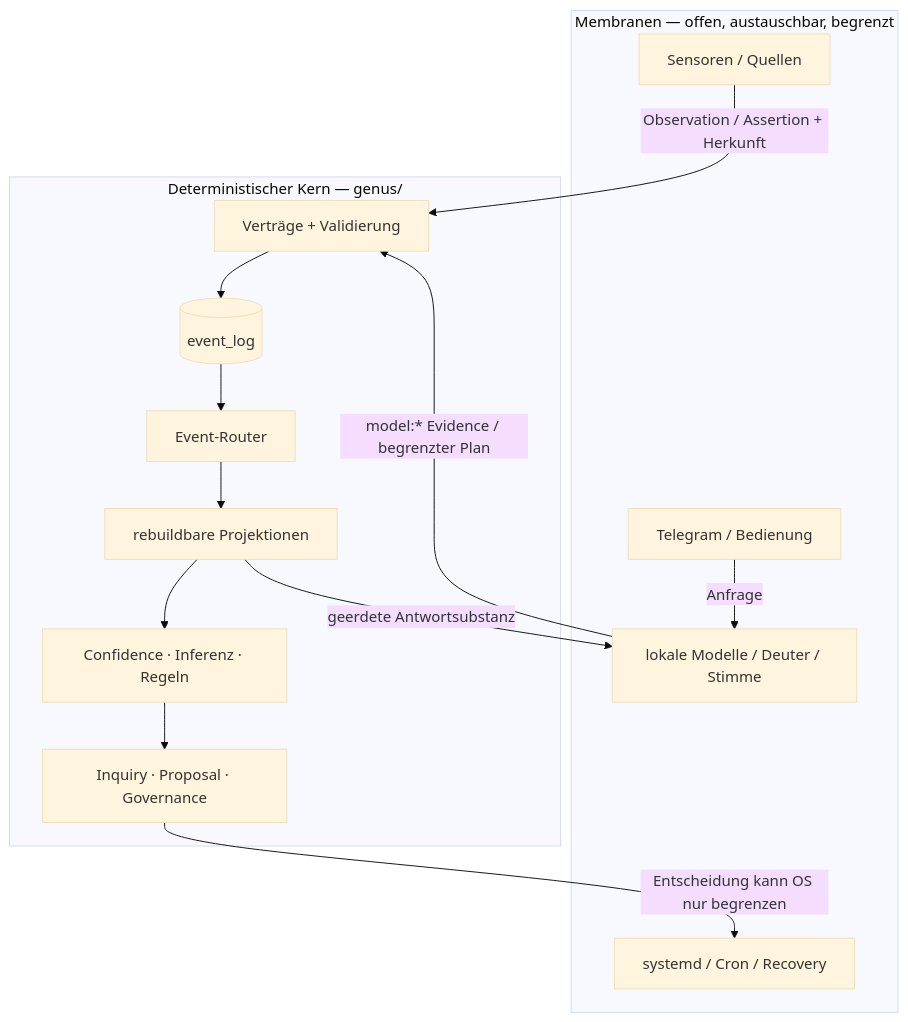
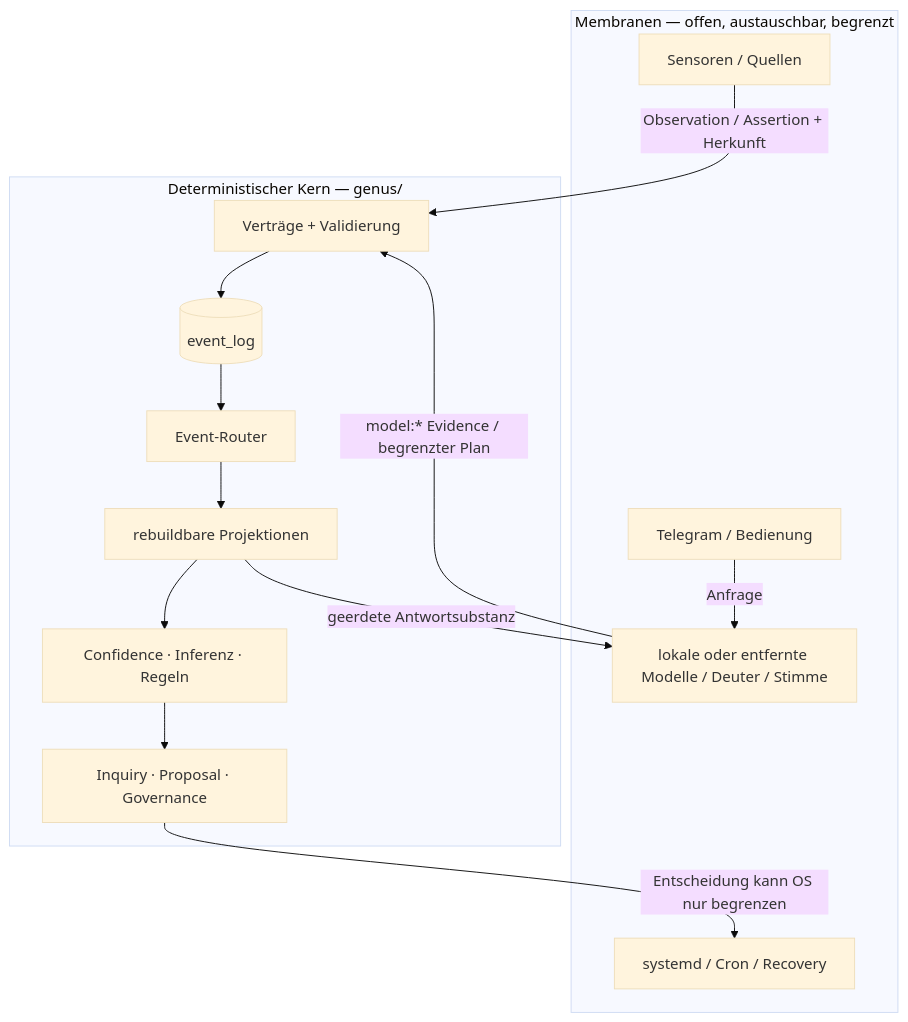
One commit to WoltLab51/GENUS_PI_SEED changed the diagram in docs/ARCHITECTURE.md. Above: the diagram before and after it, drawn with Mermaid (base theme). The commit also changed other lines of this file and 10 other files, not shown here.

````diff
--- a/docs/ARCHITECTURE.md
+++ b/docs/ARCHITECTURE.md
@@ -16,26 +16,26 @@
 ```mermaid
 flowchart TB
     subgraph M["Membranen — offen, austauschbar, begrenzt"]
         SRC["Sensoren / Quellen"]
-        MODEL["lokale Modelle / Deuter / Stimme"]
+        MODEL["lokale oder entfernte Modelle / Deuter / Stimme"]
         TG["Telegram / Bedienung"]
         OPS["systemd / Cron / Recovery"]
     end
 
     subgraph C["Deterministischer Kern — genus/"]
         VAL["Verträge + Validierung"]
         LED[("event_log")]
         ROUTE["Event-Router"]
         PROJ["rebuildbare Projektionen"]
         REASON["Confidence · Inferenz · Regeln"]
         GOV["Inquiry · Proposal · Governance"]
     end
 
     SRC -->|"Observation / Assertion + Herkunft"| VAL
     MODEL -->|"model:* Evidence / begrenzter Plan"| VAL
     TG -->|"Anfrage"| MODEL
     VAL --> LED
     LED --> ROUTE --> PROJ --> REASON --> GOV
     GOV -->|"Entscheidung kann OS nur begrenzen"| OPS
     PROJ -->|"geerdete Antwortsubstanz"| MODEL
 ```
````
